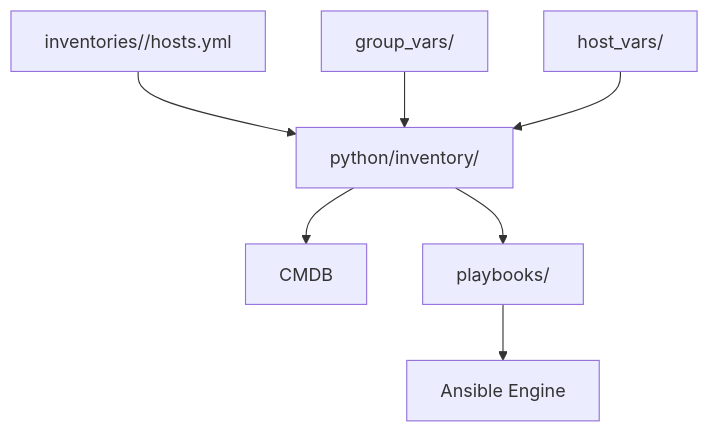
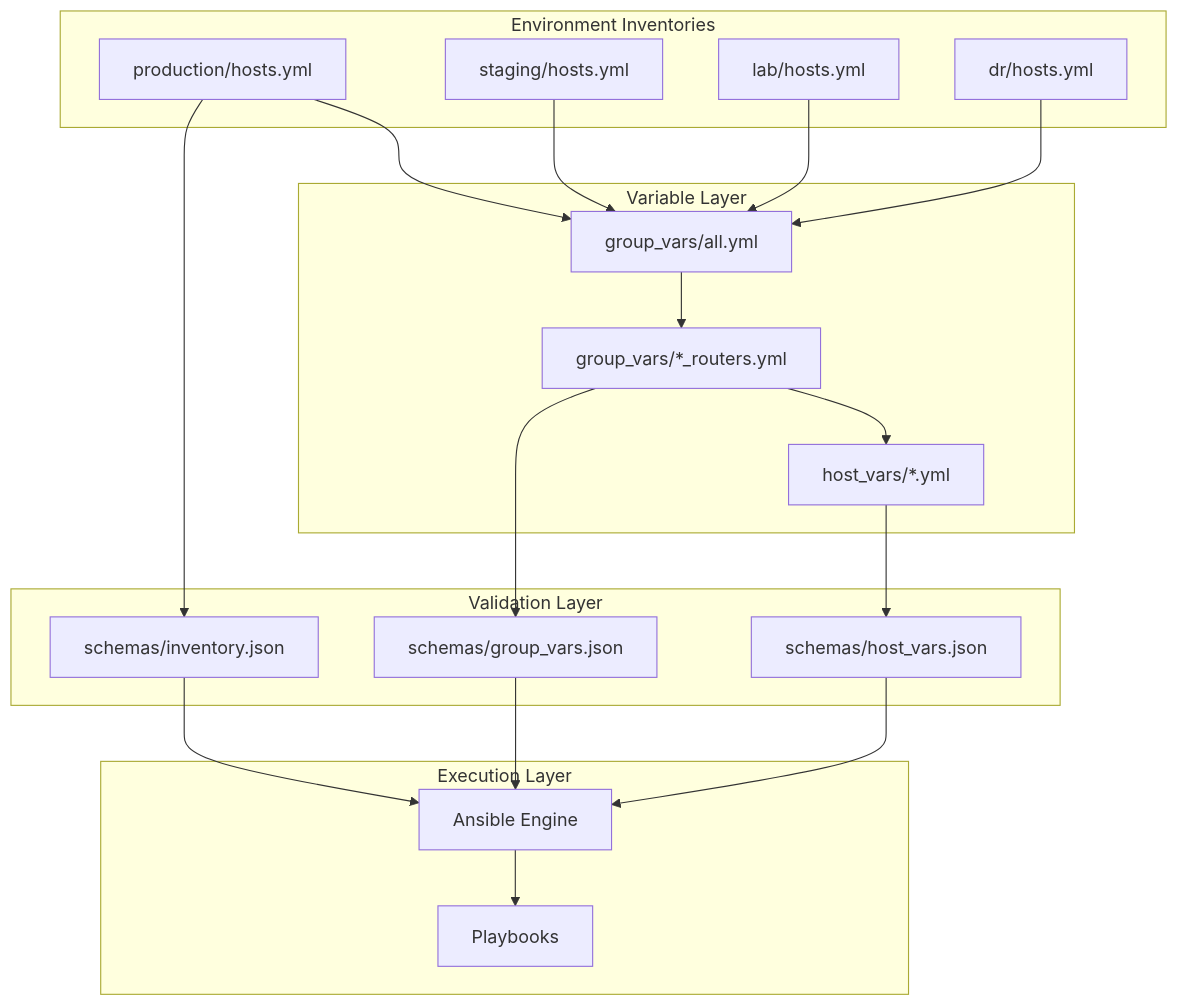
The fourth of 4 diagrams in .qoder/repowiki/en/content/Architecture & Design/Automation Engine Architecture/Ansible Orchestration Layer/Inventory Management System.md (shakthi-vinayak/network-automation), drawn with Mermaid before and after one commit. The commit also changed other lines of this file and 144 other files, not shown here.

````diff
--- a/.qoder/repowiki/en/content/Architecture & Design/Automation Engine Architecture/Ansible Orchestration Layer/Inventory Management System.md
+++ b/.qoder/repowiki/en/content/Architecture & Design/Automation Engine Architecture/Ansible Orchestration Layer/Inventory Management System.md
@@ -270,9 +312,36 @@
 ```mermaid
 graph TB
-InvYAML["inventories/<env>/hosts.yml"] --> PyInv["python/inventory/"]
-GroupVars["group_vars/"] --> PyInv
-HostVars["host_vars/"] --> PyInv
-PyInv --> CMDB["CMDB"]
-PyInv --> Playbooks["playbooks/"]
-Playbooks --> Ansible["Ansible Engine"]
+subgraph "Environment Inventories"
+ProdInv["production/hosts.yml"]
+StgInv["staging/hosts.yml"]
+LabInv["lab/hosts.yml"]
+DrInv["dr/hosts.yml"]
+end
+subgraph "Variable Layer"
+GlobalVars["group_vars/all.yml"]
+GroupVars["group_vars/*_routers.yml"]
+HostVars["host_vars/*.yml"]
+end
+subgraph "Validation Layer"
+InvSchema["schemas/inventory.json"]
+GroupSchema["schemas/group_vars.json"]
+HostSchema["schemas/host_vars.json"]
+end
+subgraph "Execution Layer"
+Ansible["Ansible Engine"]
+Playbooks["Playbooks"]
+end
+ProdInv --> GlobalVars
+StgInv --> GlobalVars
+LabInv --> GlobalVars
+DrInv --> GlobalVars
+GlobalVars --> GroupVars
+GroupVars --> HostVars
+ProdInv --> InvSchema
+GroupVars --> GroupSchema
+HostVars --> HostSchema
+InvSchema --> Ansible
+GroupSchema --> Ansible
+HostSchema --> Ansible
+Ansible --> Playbooks
 ```
````
